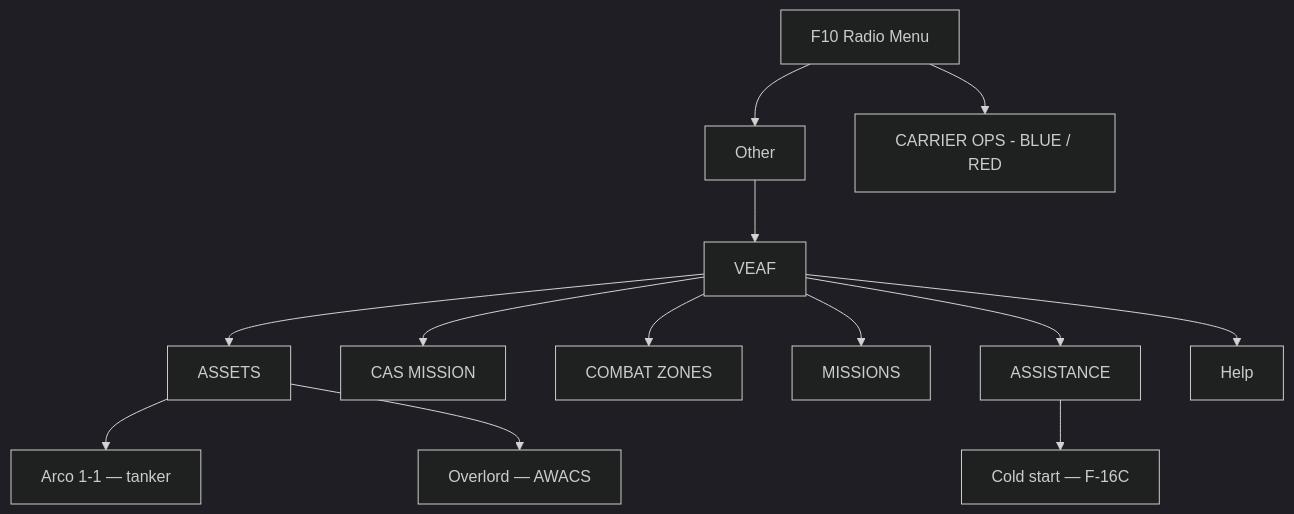
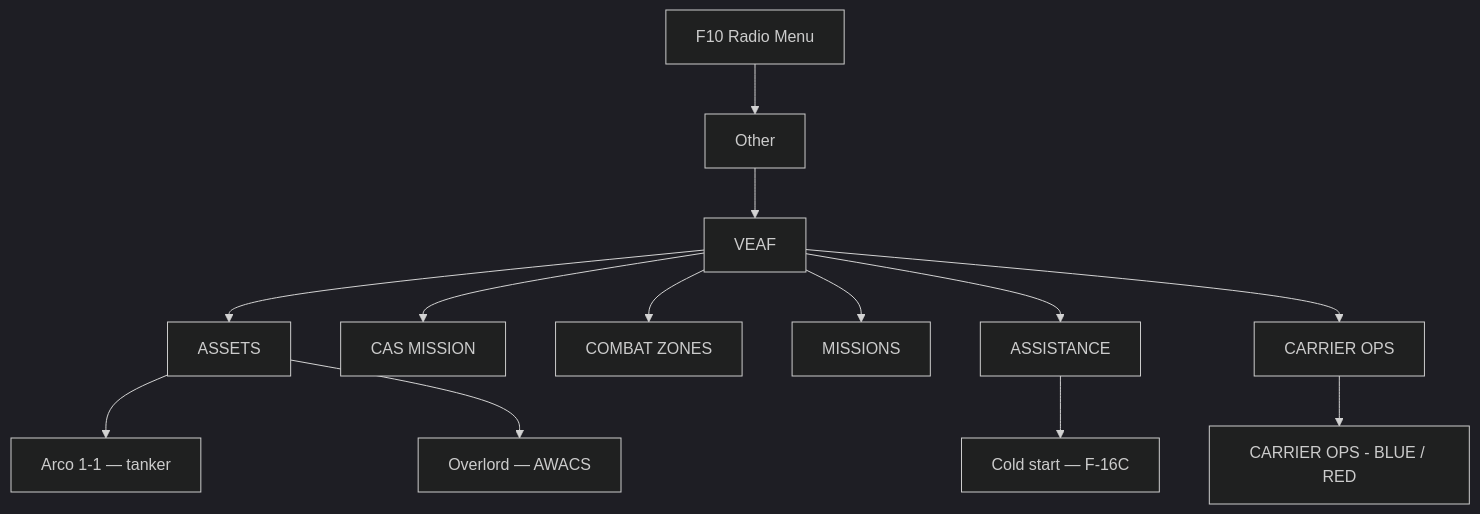
Before and after one commit to VEAF/VEAF-Mission-Creation-Tools: the diagram in doc/pilot/GUIDE.en.md, drawn with Mermaid (dark theme). The commit also changed 4 other files, not shown here.

````diff
--- a/doc/pilot/GUIDE.en.md
+++ b/doc/pilot/GUIDE.en.md
@@ -52,14 +52,13 @@
 ```mermaid
 graph TD
     F10[F10 Radio Menu] --> Other[Other] --> VEAF[VEAF]
     VEAF --> Res[ASSETS]
     VEAF --> CAS[CAS MISSION]
     VEAF --> CZ[COMBAT ZONES]
     VEAF --> Miss[MISSIONS]
     VEAF --> Assist[ASSISTANCE]
-    VEAF --> Help[Help]
     Assist --> AS1["Cold start — F-16C"]
     Res --> A1["Arco 1-1 — tanker"]
     Res --> A2["Overlord — AWACS"]
-    F10 --> Carrier["CARRIER OPS - BLUE / RED"]
+    VEAF --> Carrier["CARRIER OPS"] --> CarrierSide["CARRIER OPS - BLUE / RED"]
 ```
````
